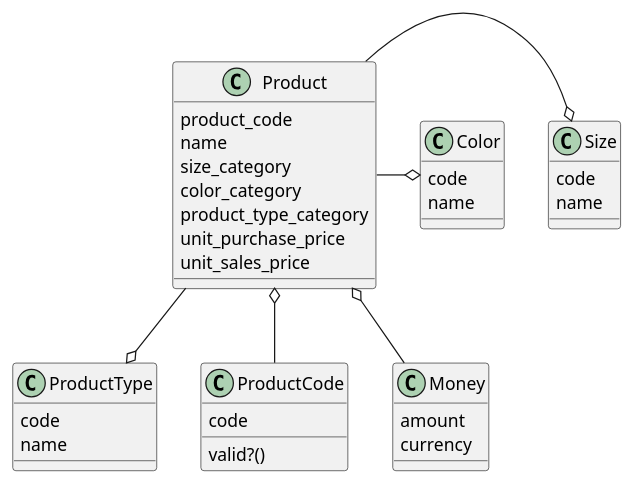
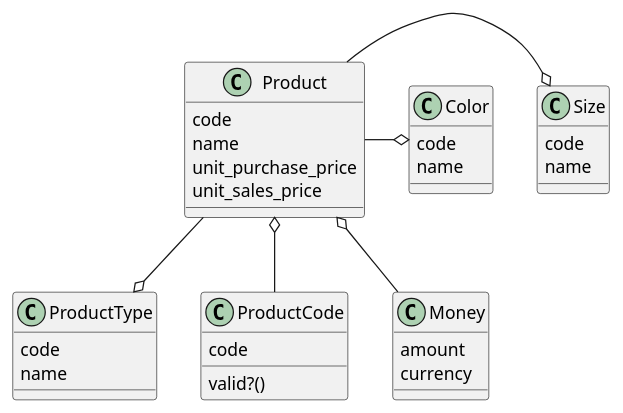
One commit to k2works/etude_for_rails changed the second of 3 diagrams in docs/dev/sales_modeling/type2_product.md. Above: the diagram before and after it, drawn with PlantUML. The commit also changed 3 other files, not shown here.

````diff
--- a/docs/dev/sales_modeling/type2_product.md
+++ b/docs/dev/sales_modeling/type2_product.md
@@ -30,36 +30,33 @@
 ```puml
 class Product {
-  product_code
+  code
   name
-  size_category
-  color_category
-  product_type_category
   unit_purchase_price
   unit_sales_price
 }
 class Size {
   code
   name
 }
 class Color {
   code
   name
 }
 class ProductType {
   code
   name
 }
 class ProductCode {
   code
   valid?()
 }
 class Money {
   amount
   currency
 }
 Product --ro Size
 Product -o Color
 Product --o ProductType
 Product o-- ProductCode
 Product o-- Money
 ```
````
